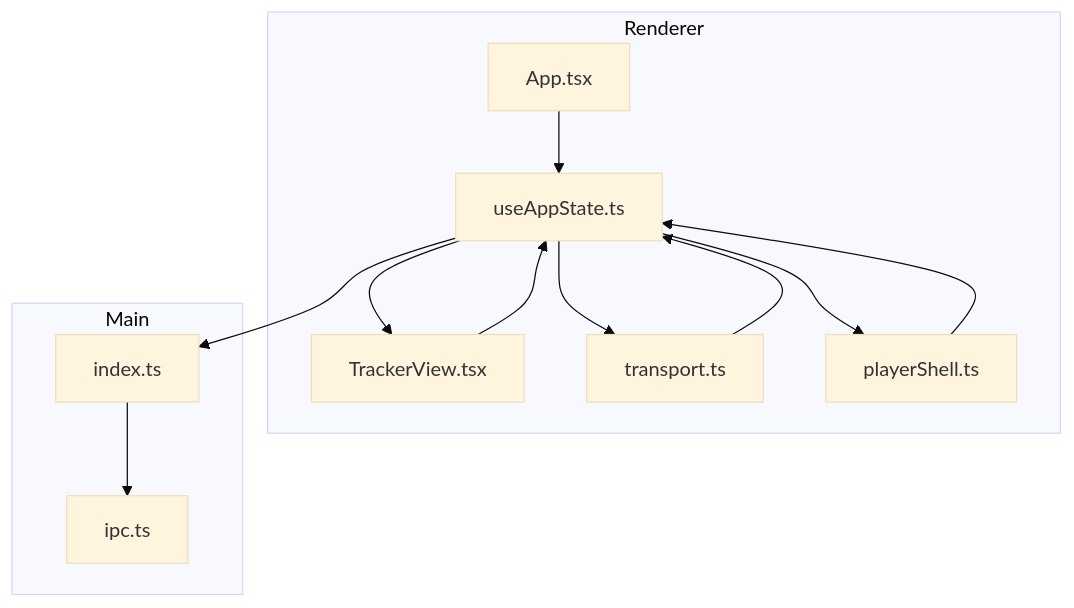
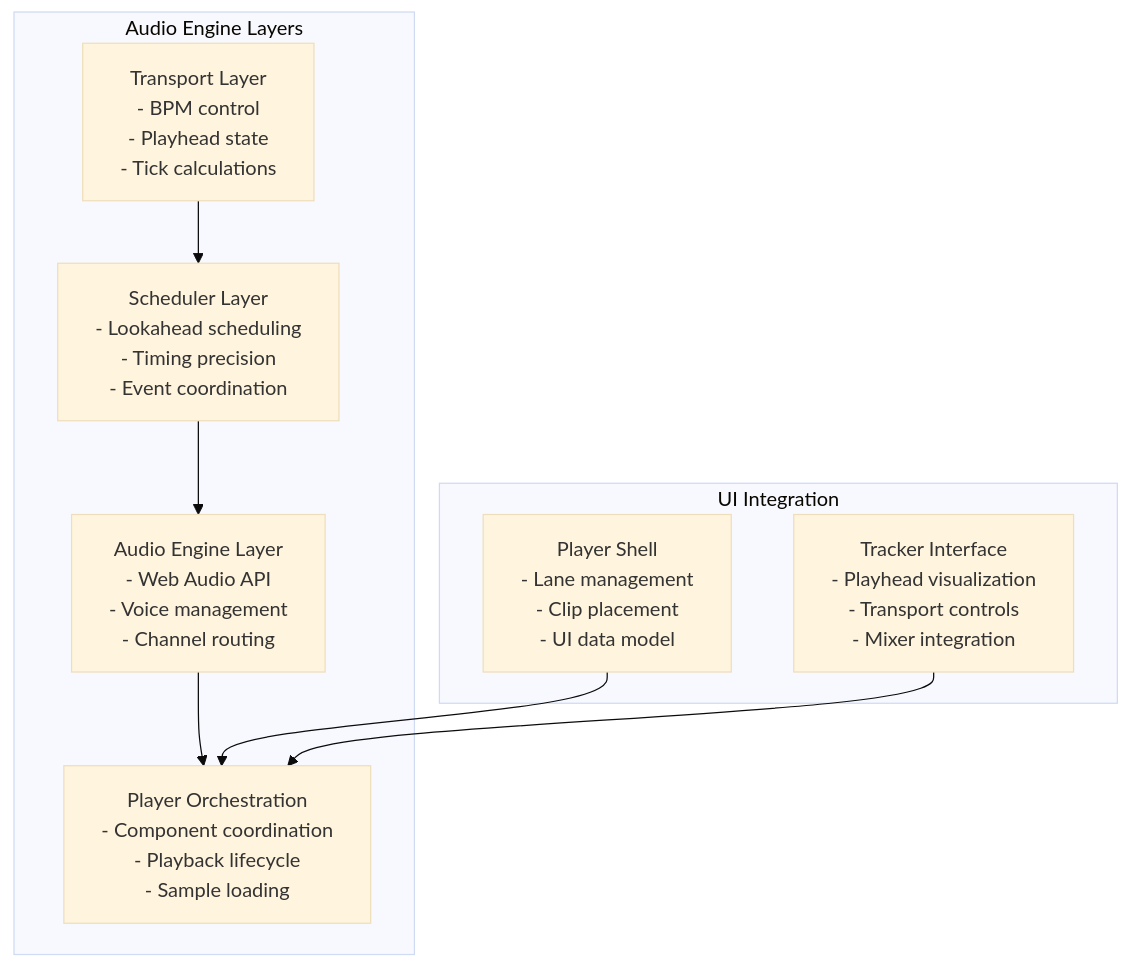
Before and after one commit to satyrlord/mixjam-electron: the first of 11 diagrams in .qoder/repowiki/en/content/Audio Engine/Audio Engine.md, drawn with Mermaid (base theme). The commit also changed other lines of this file and 104 other files, not shown here.

First line of the commit message:
fix(config): update markdownlint schema and cleanup ignored paths

````diff
--- a/.qoder/repowiki/en/content/Audio Engine/Audio Engine.md
+++ b/.qoder/repowiki/en/content/Audio Engine/Audio Engine.md
@@ -42,23 +61,18 @@
 ```mermaid
 graph TB
-subgraph "Renderer"
-A["App.tsx"]
-B["useAppState.ts"]
-C["TrackerView.tsx"]
-D["transport.ts"]
-E["playerShell.ts"]
+subgraph "Audio Engine Layers"
+A["Transport Layer<br/>- BPM control<br/>- Playhead state<br/>- Tick calculations"]
+B["Scheduler Layer<br/>- Lookahead scheduling<br/>- Timing precision<br/>- Event coordination"]
+C["Audio Engine Layer<br/>- Web Audio API<br/>- Voice management<br/>- Channel routing"]
+D["Player Orchestration<br/>- Component coordination<br/>- Playback lifecycle<br/>- Sample loading"]
 end
-subgraph "Main"
-F["index.ts"]
-G["ipc.ts"]
+subgraph "UI Integration"
+E["Player Shell<br/>- Lane management<br/>- Clip placement<br/>- UI data model"]
+F["Tracker Interface<br/>- Playhead visualization<br/>- Transport controls<br/>- Mixer integration"]
 end
 A --> B
 B --> C
-B --> D
-B --> E
-C --> B
-D --> B
-E --> B
-B --> F
-F --> G
+C --> D
+E --> D
+F --> D
 ```
````
